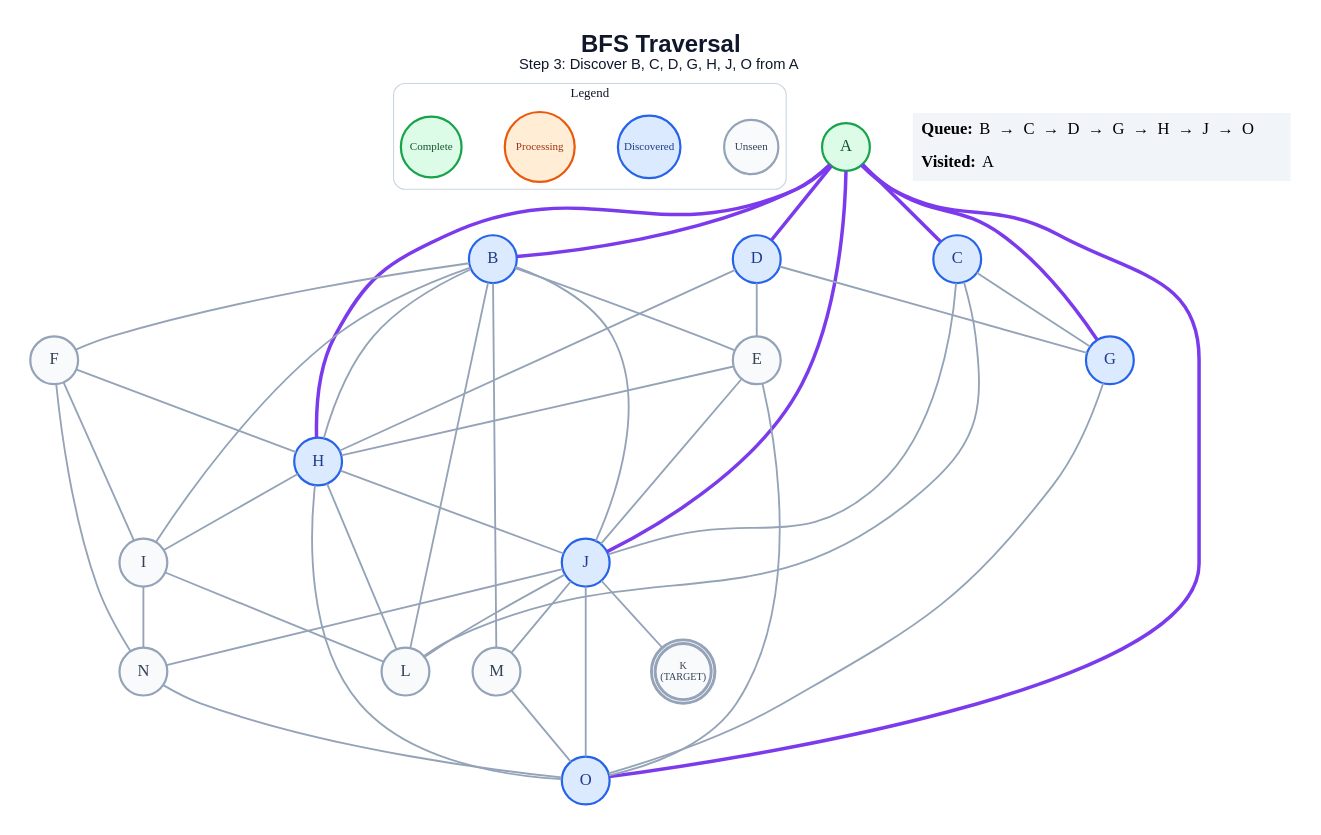
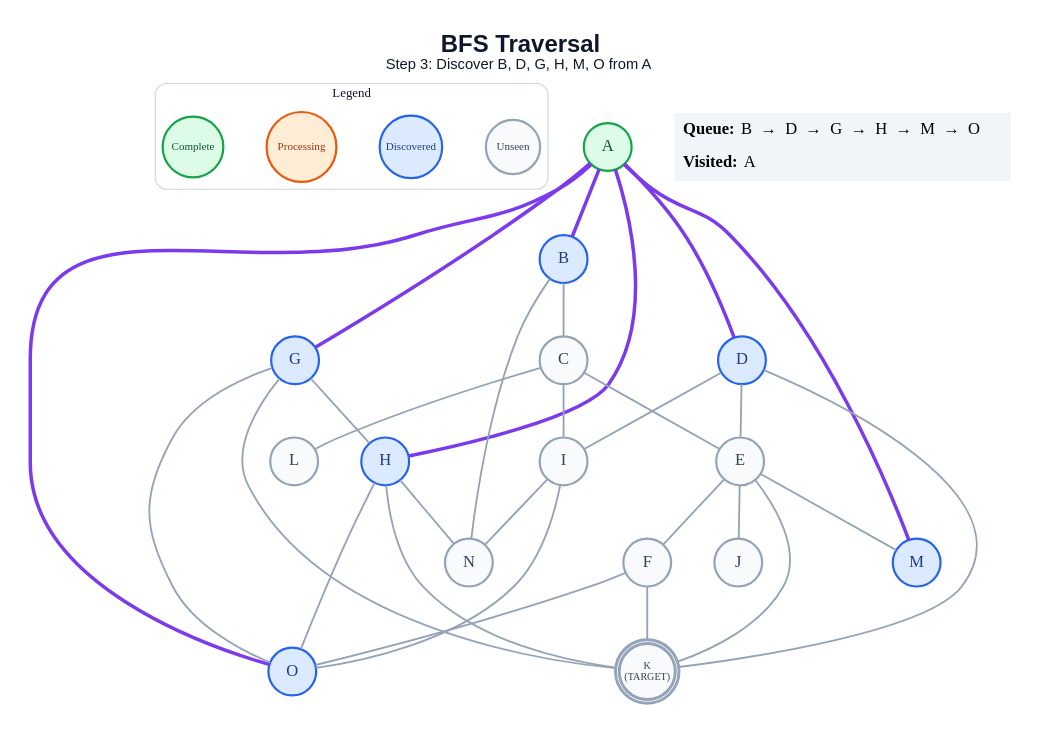
The diagram in generated/bfs/step_03.dot (anon7238593-create/ai-slop), drawn with Graphviz before and after one commit. The commit also changed 345 other files, not shown here.

```diff
--- a/generated/bfs/step_03.dot
+++ b/generated/bfs/step_03.dot
@@ -1,74 +1,62 @@
 graph traversal {
   graph [layout=dot, rankdir=TB, bgcolor="#FFFFFF", pad="0.35", nodesep="0.65", ranksep="0.8", fontname="Arial"];
   node [shape=circle, style="filled", fontname="Arial Bold", fontsize=18, width=0.72, fixedsize=true, penwidth=2.4];
   edge [color="#94A3B8", penwidth=2.0];
-  label=<<B>BFS Traversal</B><BR/><FONT POINT-SIZE="16">Step 3: Discover B, C, D, G, H, J, O from A</FONT>>; labelloc="t"; fontsize=26; fontname="Arial"; fontcolor="#0F172A";
+  label=<<B>BFS Traversal</B><BR/><FONT POINT-SIZE="16">Step 3: Discover B, D, G, H, M, O from A</FONT>>; labelloc="t"; fontsize=26; fontname="Arial"; fontcolor="#0F172A";
   subgraph cluster_legend { label="Legend"; color="#CBD5E1"; penwidth=1.2; style="rounded"; fontsize=14; fontname="Arial Bold";
     key_unseen [label="Unseen", fillcolor="#F8FAFC", color="#94A3B8", fontcolor="#334155", fontsize=12, width=0.82];
     key_frontier [label="Discovered", fillcolor="#DBEAFE", color="#2563EB", fontcolor="#1E3A8A", fontsize=12, width=0.95];
     key_current [label="Processing", fillcolor="#FFEDD5", color="#EA580C", fontcolor="#9A3412", fontsize=12, width=1.05];
     key_done [label="Complete", fillcolor="#DCFCE7", color="#16A34A", fontcolor="#14532D", fontsize=12, width=0.92];
     { rank=same; key_unseen; key_frontier; key_current; key_done; }
   }
   A [label="A", fillcolor="#DCFCE7", color="#16A34A", fontcolor="#14532D", peripheries=1, penwidth=2.4];
   B [label="B", fillcolor="#DBEAFE", color="#2563EB", fontcolor="#1E3A8A", peripheries=1, penwidth=2.4];
-  C [label="C", fillcolor="#DBEAFE", color="#2563EB", fontcolor="#1E3A8A", peripheries=1, penwidth=2.4];
+  C [label="C", fillcolor="#F8FAFC", color="#94A3B8", fontcolor="#334155", peripheries=1, penwidth=2.4];
   D [label="D", fillcolor="#DBEAFE", color="#2563EB", fontcolor="#1E3A8A", peripheries=1, penwidth=2.4];
   E [label="E", fillcolor="#F8FAFC", color="#94A3B8", fontcolor="#334155", peripheries=1, penwidth=2.4];
   F [label="F", fillcolor="#F8FAFC", color="#94A3B8", fontcolor="#334155", peripheries=1, penwidth=2.4];
   G [label="G", fillcolor="#DBEAFE", color="#2563EB", fontcolor="#1E3A8A", peripheries=1, penwidth=2.4];
   H [label="H", fillcolor="#DBEAFE", color="#2563EB", fontcolor="#1E3A8A", peripheries=1, penwidth=2.4];
   I [label="I", fillcolor="#F8FAFC", color="#94A3B8", fontcolor="#334155", peripheries=1, penwidth=2.4];
-  J [label="J", fillcolor="#DBEAFE", color="#2563EB", fontcolor="#1E3A8A", peripheries=1, penwidth=2.4];
+  J [label="J", fillcolor="#F8FAFC", color="#94A3B8", fontcolor="#334155", peripheries=1, penwidth=2.4];
   K [label="K\n(TARGET)", fillcolor="#F8FAFC", color="#94A3B8", fontcolor="#334155", peripheries=2, penwidth=3.2, fontsize=11, width=0.85, height=0.85];
   L [label="L", fillcolor="#F8FAFC", color="#94A3B8", fontcolor="#334155", peripheries=1, penwidth=2.4];
-  M [label="M", fillcolor="#F8FAFC", color="#94A3B8", fontcolor="#334155", peripheries=1, penwidth=2.4];
+  M [label="M", fillcolor="#DBEAFE", color="#2563EB", fontcolor="#1E3A8A", peripheries=1, penwidth=2.4];
   N [label="N", fillcolor="#F8FAFC", color="#94A3B8", fontcolor="#334155", peripheries=1, penwidth=2.4];
   O [label="O", fillcolor="#DBEAFE", color="#2563EB", fontcolor="#1E3A8A", peripheries=1, penwidth=2.4];
   A -- B [color="#7C3AED", penwidth=3.8];
-  A -- C [color="#7C3AED", penwidth=3.8];
   A -- D [color="#7C3AED", penwidth=3.8];
   A -- G [color="#7C3AED", penwidth=3.8];
   A -- H [color="#7C3AED", penwidth=3.8];
-  A -- J [color="#7C3AED", penwidth=3.8];
+  A -- M [color="#7C3AED", penwidth=3.8];
   A -- O [color="#7C3AED", penwidth=3.8];
-  B -- E;
-  B -- F;
-  B -- H;
-  B -- I;
-  B -- J;
-  B -- L;
-  B -- M;
-  C -- G;
-  C -- J;
+  B -- C;
+  B -- N;
+  C -- E;
+  C -- I;
   C -- L;
   D -- E;
-  D -- G;
-  D -- H;
-  E -- H;
+  D -- I;
+  D -- K;
+  E -- F;
   E -- J;
-  E -- O;
-  F -- H;
-  F -- I;
-  F -- N;
+  E -- K;
+  E -- M;
+  F -- K;
+  F -- O;
+  G -- H;
+  G -- K;
   G -- O;
-  H -- I;
-  H -- J;
-  H -- L;
+  H -- K;
+  H -- N;
   H -- O;
-  I -- L;
   I -- N;
-  J -- K;
-  J -- L;
-  J -- M;
-  J -- N;
-  J -- O;
-  M -- O;
-  N -- O;
+  I -- O;
   status [shape=plain, fixedsize=false, width=0, height=0, margin=0, label=<
     <TABLE BORDER="0" CELLBORDER="0" CELLPADDING="7" BGCOLOR="#F1F5F9">
-      <TR><TD ALIGN="LEFT"><B>Queue:</B> B  →  C  →  D  →  G  →  H  →  J  →  O</TD></TR>
+      <TR><TD ALIGN="LEFT"><B>Queue:</B> B  →  D  →  G  →  H  →  M  →  O</TD></TR>
       <TR><TD ALIGN="LEFT"><B>Visited:</B> A</TD></TR>
     </TABLE>
   >];
 }
```
